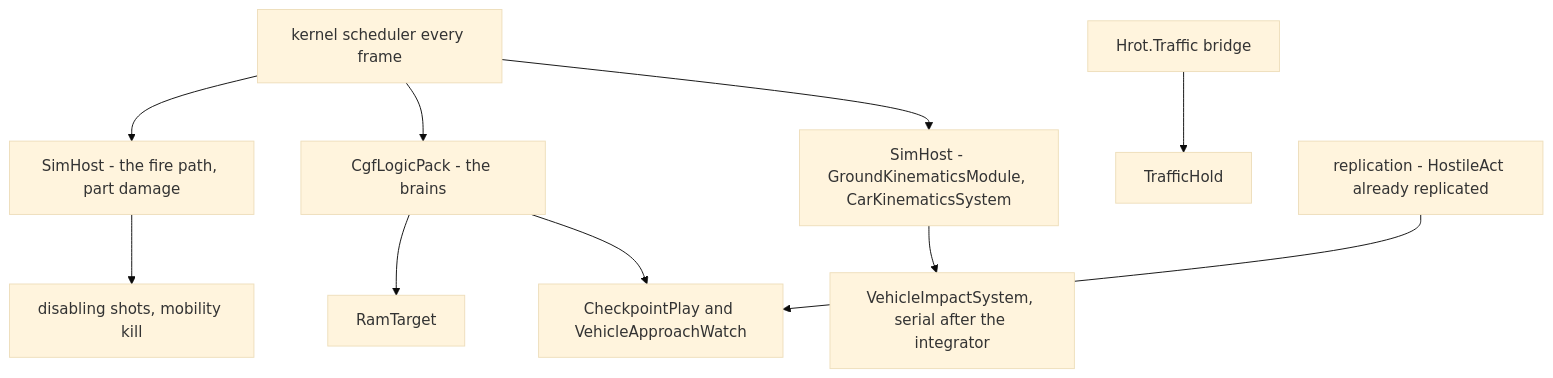
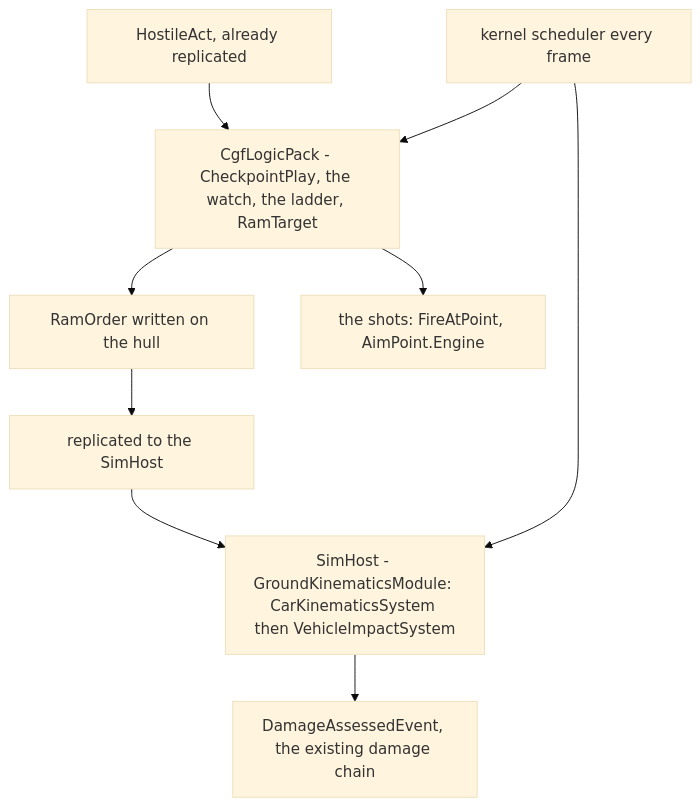
The third of 3 diagrams in docs/designs/vehicle-tactics/DESIGN_Checkpoint_And_Ramming.md (pjanec/HROT), drawn with Mermaid (base theme) before and after one commit. The commit also changed other lines of this file and 4 other files, not shown here.

````diff
--- a/docs/designs/vehicle-tactics/DESIGN_Checkpoint_And_Ramming.md
+++ b/docs/designs/vehicle-tactics/DESIGN_Checkpoint_And_Ramming.md
@@ -156,12 +156,11 @@
 ```mermaid
 graph TD
-  SIM[SimHost - GroundKinematicsModule, CarKinematicsSystem] --> VI[VehicleImpactSystem, serial after the integrator]
-  CGF[CgfLogicPack - the brains] --> CP[CheckpointPlay and VehicleApproachWatch]
-  CGF --> RAM[RamTarget]
-  SIMF[SimHost - the fire path, part damage] --> DS[disabling shots, mobility kill]
-  TRAF[Hrot.Traffic bridge] --> TH[TrafficHold]
-  NET[replication - HostileAct already replicated] --> CP
+  SIM[SimHost - GroundKinematicsModule: CarKinematicsSystem then VehicleImpactSystem] --> DMG[DamageAssessedEvent, the existing damage chain]
+  CGF[CgfLogicPack - CheckpointPlay, the watch, the ladder, RamTarget] --> RO[RamOrder written on the hull]
+  RO --> REP[replicated to the SimHost]
+  REP --> SIM
+  CGF --> FIRE[the shots: FireAtPoint, AimPoint.Engine]
+  NET[HostileAct, already replicated] --> CGF
   SCH[kernel scheduler every frame] --> SIM
   SCH --> CGF
-  SCH --> SIMF
 ```
````
